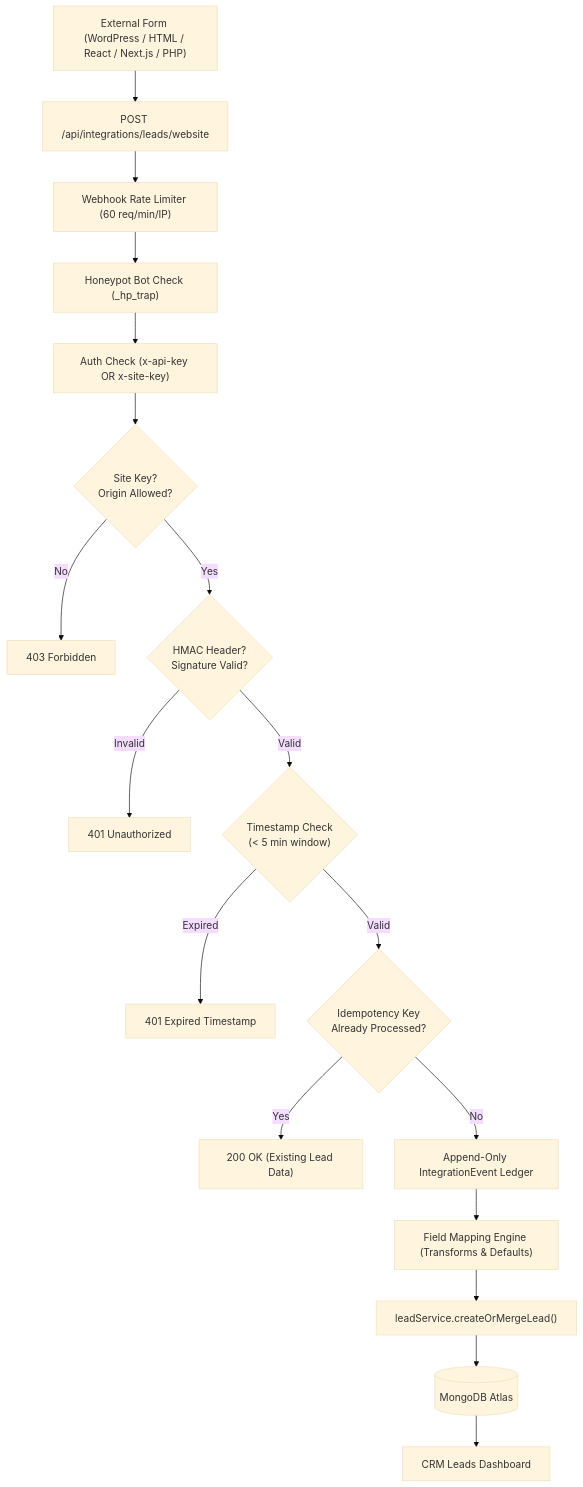
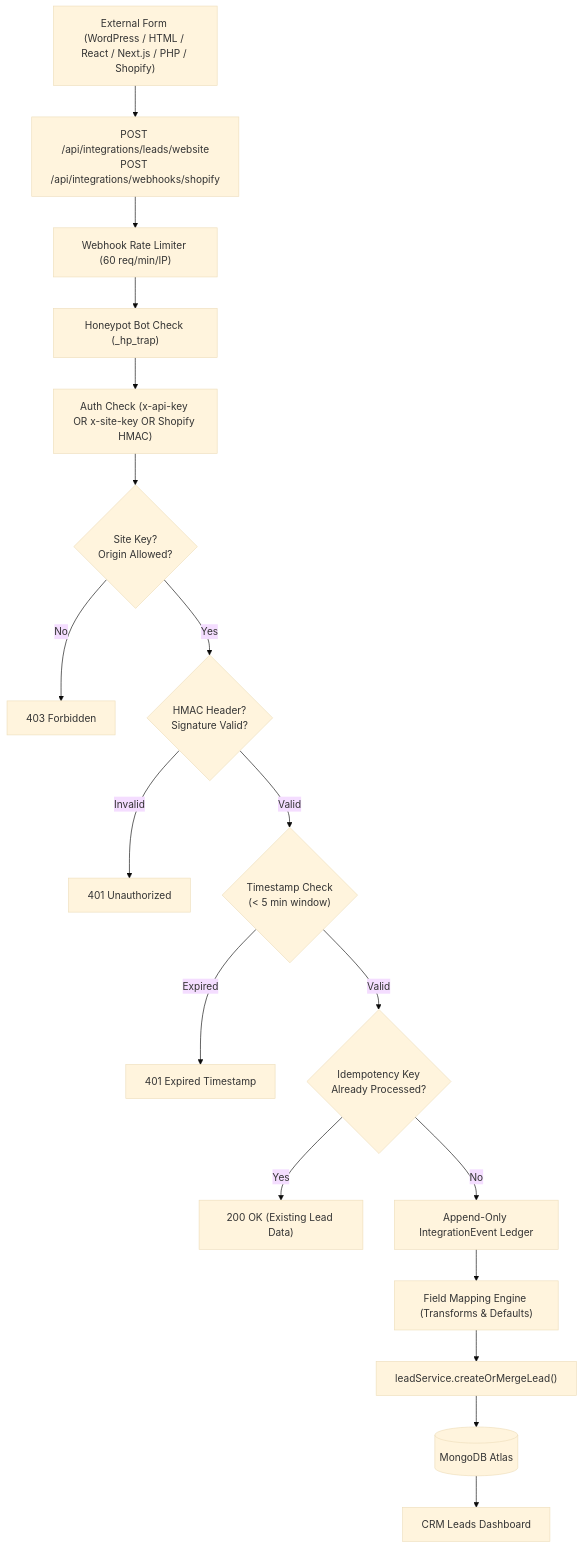
Before and after one commit to leads365india-svg/leadManagementSystem: the diagram in docs/website-lead-integrations/README.md, drawn with Mermaid (base theme). The commit also changed other lines of this file and 66 other files, not shown here.

Commit message:
website leads

````diff
--- a/docs/website-lead-integrations/README.md
+++ b/docs/website-lead-integrations/README.md
@@ -22,20 +23,20 @@
 ```mermaid
 flowchart TD
-    Ext["External Form (WordPress / HTML / React / Next.js / PHP)"] --> IngestEP["POST /api/integrations/leads/website"]
+    Ext["External Form (WordPress / HTML / React / Next.js / PHP / Shopify)"] --> IngestEP["POST /api/integrations/leads/website<br/>POST /api/integrations/webhooks/shopify"]
     IngestEP --> RateLimit["Webhook Rate Limiter (60 req/min/IP)"]
     RateLimit --> Honeypot["Honeypot Bot Check (_hp_trap)"]
-    Honeypot --> Auth["Auth Check (x-api-key OR x-site-key)"]
+    Honeypot --> Auth["Auth Check (x-api-key OR x-site-key OR Shopify HMAC)"]
     Auth --> OriginCheck{"Site Key?<br/>Origin Allowed?"}
     OriginCheck -->|No| Reject403["403 Forbidden"]
     OriginCheck -->|Yes| HMAC{"HMAC Header?<br/>Signature Valid?"}
     HMAC -->|Invalid| Reject401["401 Unauthorized"]
     HMAC -->|Valid| TimeCheck{"Timestamp Check<br/>(< 5 min window)"}
     TimeCheck -->|Expired| Reject401TS["401 Expired Timestamp"]
     TimeCheck -->|Valid| Idemp{"Idempotency Key<br/>Already Processed?"}
     Idemp -->|Yes| FastReturn["200 OK (Existing Lead Data)"]
     Idemp -->|No| Ledger["Append-Only IntegrationEvent Ledger"]
     Ledger --> Mapping["Field Mapping Engine (Transforms & Defaults)"]
     Mapping --> LeadService["leadService.createOrMergeLead()"]
     LeadService --> DB[("MongoDB Atlas")]
     DB --> Dashboard["CRM Leads Dashboard"]
 ```
````
